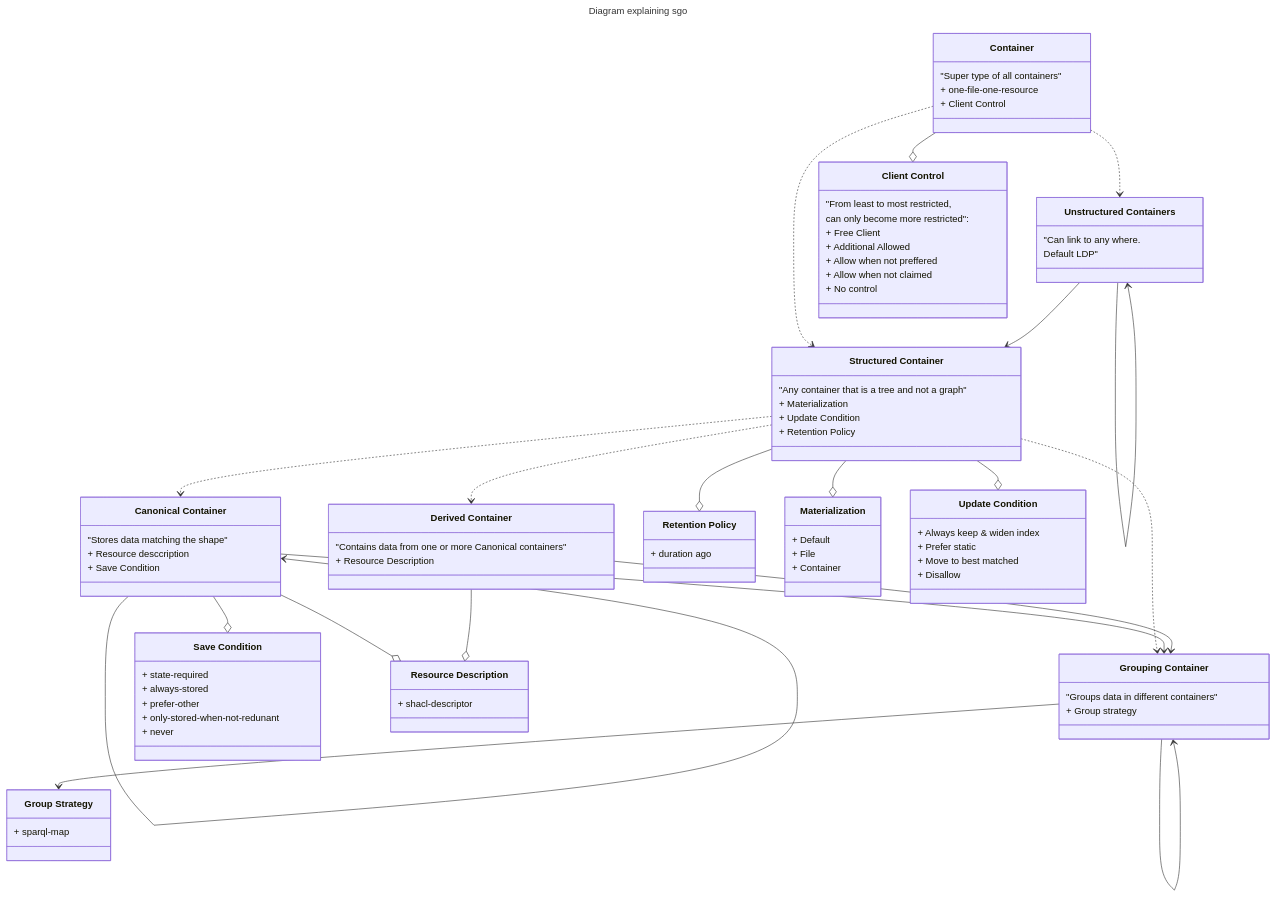
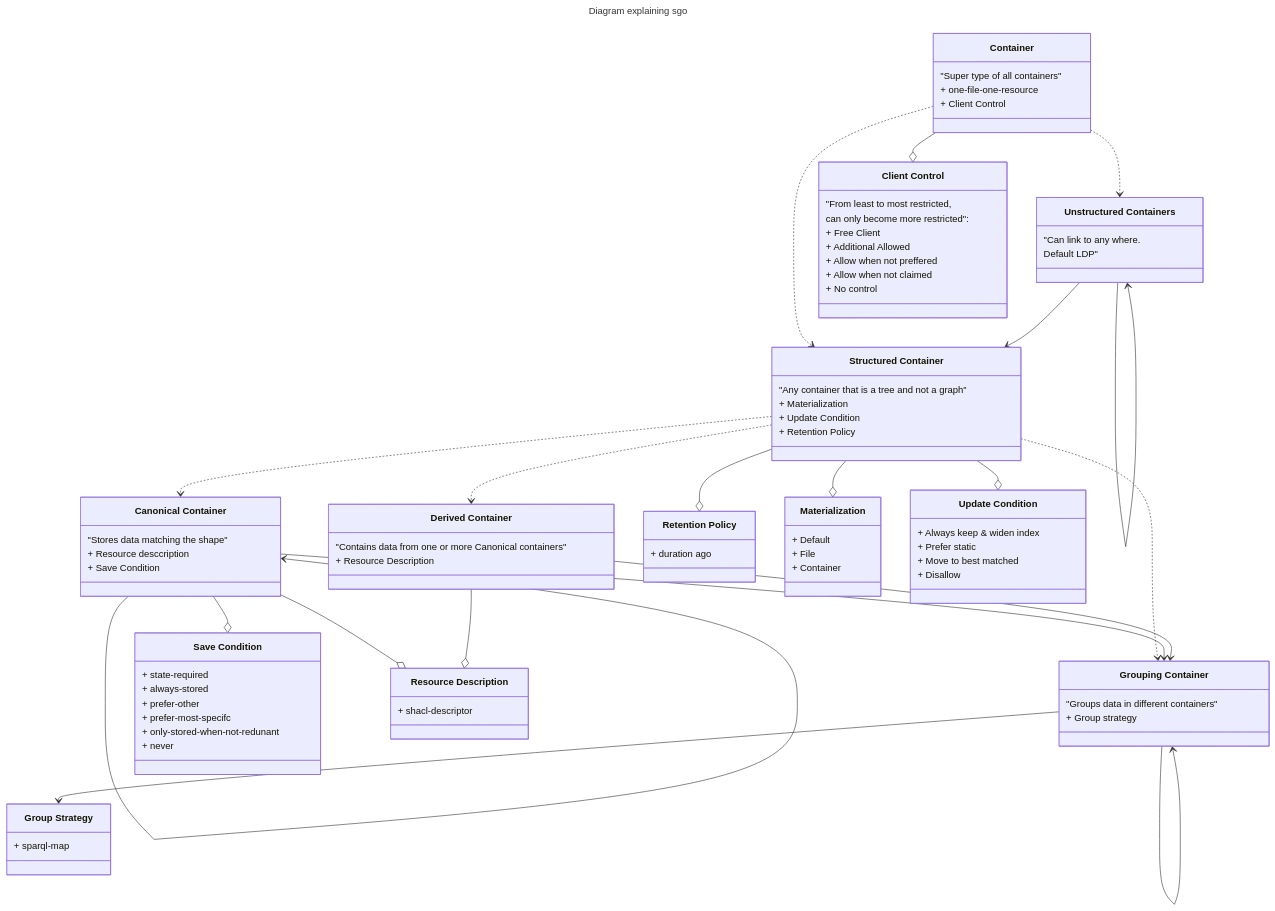
The second of 2 diagrams in solution/storage-guidance-ontology/index.md (jitsedesmet/thesis), drawn with Mermaid before and after one commit. The commit also changed other lines of this file, not shown here.

Commit message:
explain graph

```diff
--- a/solution/storage-guidance-ontology/index.md
+++ b/solution/storage-guidance-ontology/index.md
@@ -122,6 +122,7 @@
     + state-required
     + always-stored
     + prefer-other
+    + prefer-most-specifc
     + only-stored-when-not-redunant
     + never
   }
```
